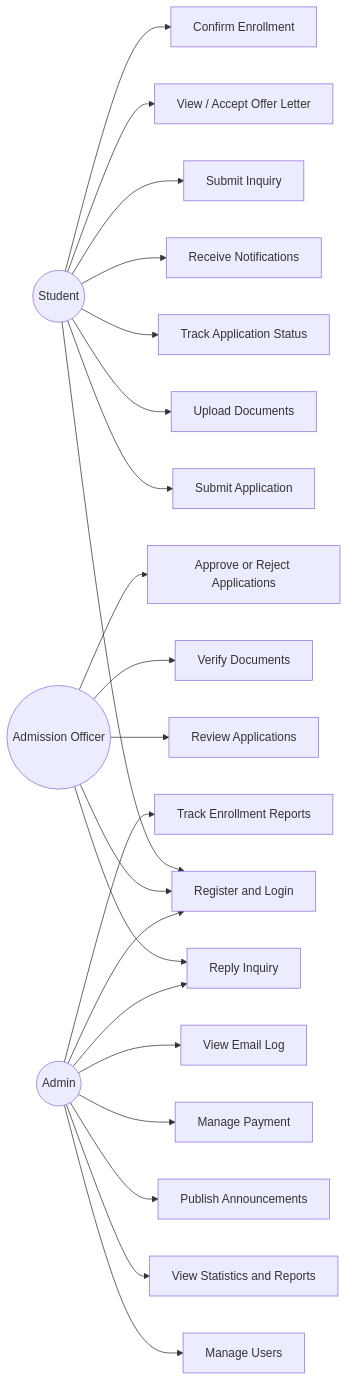
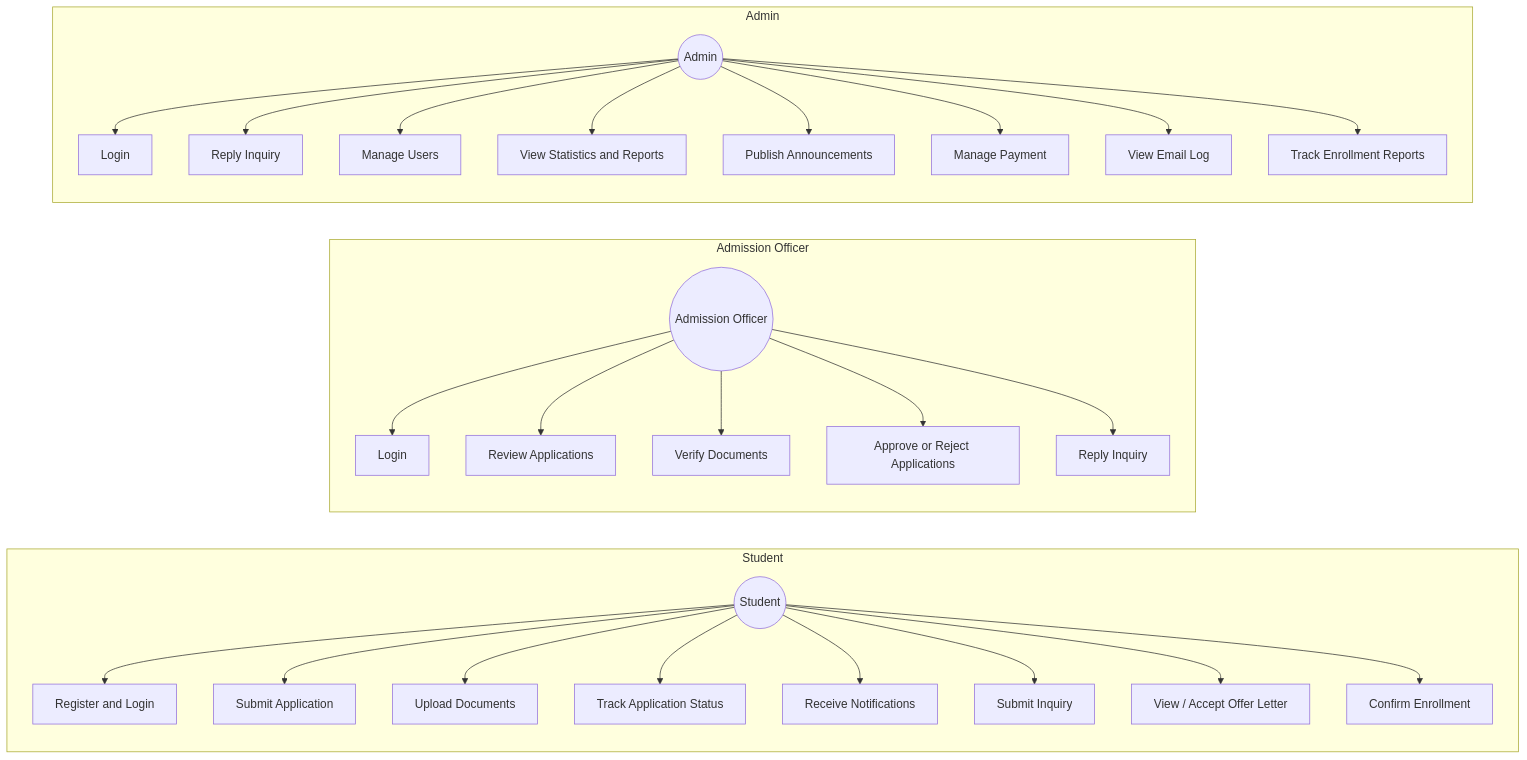
One commit to EthanYixuanMi/WKU-Admission-System changed the second of 6 diagrams in README.md. Above: the diagram before and after it, drawn with Mermaid. The commit also changed other lines of this file, not shown here.

Commit message:
Revise use case diagram and project file structure
Updated role-based use case diagram and added new files to the project structure.

````diff
--- a/README.md
+++ b/README.md
@@ -126,51 +126,62 @@
 ```mermaid
 flowchart LR
-    Student((Student))
-    Officer((Admission Officer))
-    Admin((Admin))
+    subgraph StudentArea[Student]
+        direction TB
+        Student((Student))
+        S1[Register and Login]
+        S2[Submit Application]
+        S3[Upload Documents]
+        S4[Track Application Status]
+        S5[Receive Notifications]
+        S6[Submit Inquiry]
+        S7[View / Accept Offer Letter]
+        S8[Confirm Enrollment]
 
-    UC1[Register and Login]
-    UC2[Submit Application]
-    UC3[Upload Documents]
-    UC4[Track Application Status]
-    UC5[Receive Notifications]
-    UC6[Submit Inquiry]
-    UC7[View / Accept Offer Letter]
-    UC8[Confirm Enrollment]
+        Student --> S1
+        Student --> S2
+        Student --> S3
+        Student --> S4
+        Student --> S5
+        Student --> S6
+        Student --> S7
+        Student --> S8
+    end
 
-    UC9[Review Applications]
-    UC10[Verify Documents]
-    UC11[Approve or Reject Applications]
-    UC12[Reply Inquiry]
+    subgraph OfficerArea[Admission Officer]
+        direction TB
+        Officer((Admission Officer))
+        O1[Login]
+        O2[Review Applications]
+        O3[Verify Documents]
+        O4[Approve or Reject Applications]
+        O5[Reply Inquiry]
 
-    UC13[Manage Users]
-    UC14[View Statistics and Reports]
-    UC15[Publish Announcements]
-    UC16[Manage Payment]
-    UC17[View Email Log]
-    UC18[Track Enrollment Reports]
+        Officer --> O1
+        Officer --> O2
+        Officer --> O3
+        Officer --> O4
+        Officer --> O5
+    end
 
-    Student --> UC1
-    Student --> UC2
-    Student --> UC3
-    Student --> UC4
-    Student --> UC5
-    Student --> UC6
-    Student --> UC7
-    Student --> UC8
+    subgraph AdminArea[Admin]
+        direction TB
+        Admin((Admin))
+        A1[Login]
+        A2[Reply Inquiry]
+        A3[Manage Users]
+        A4[View Statistics and Reports]
+        A5[Publish Announcements]
+        A6[Manage Payment]
+        A7[View Email Log]
+        A8[Track Enrollment Reports]
 
-    Officer --> UC1
-    Officer --> UC9
-    Officer --> UC10
-    Officer --> UC11
-    Officer --> UC12
-
-    Admin --> UC1
-    Admin --> UC12
-    Admin --> UC13
-    Admin --> UC14
-    Admin --> UC15
-    Admin --> UC16
-    Admin --> UC17
-    Admin --> UC18
+        Admin --> A1
+        Admin --> A2
+        Admin --> A3
+        Admin --> A4
+        Admin --> A5
+        Admin --> A6
+        Admin --> A7
+        Admin --> A8
+    end
 ```
````
